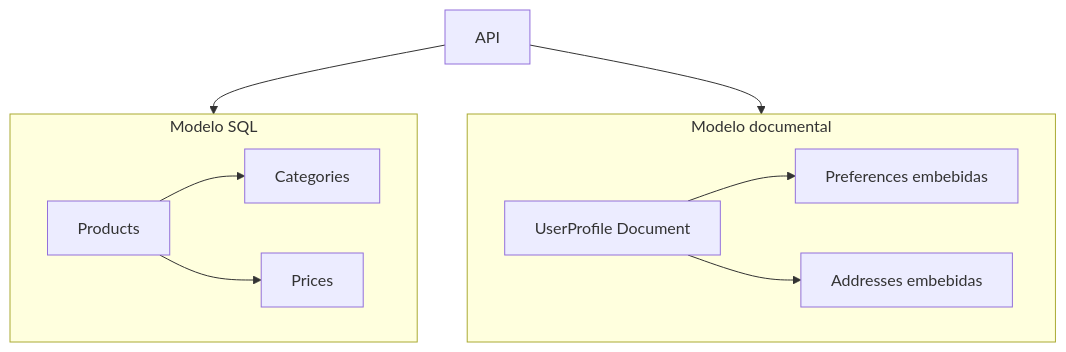
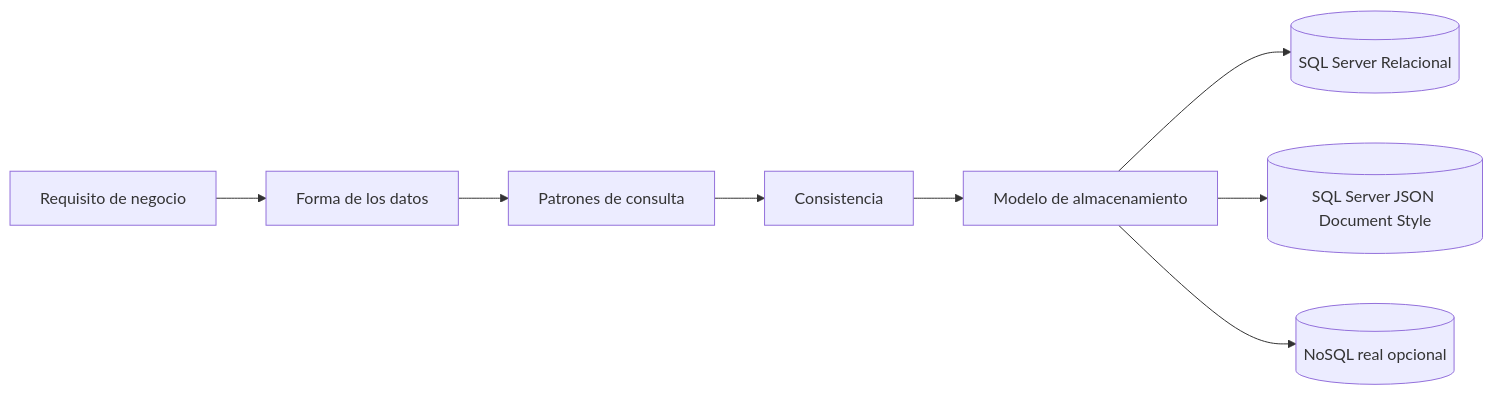
The diagram in Modulo1/Semana6/README.md (johans08/Curso-Arquitectura-de-Software-y-CloudOps), drawn with Mermaid before and after one commit. The commit also changed other lines of this file and 151 other files, not shown here.

````diff
--- a/Modulo1/Semana6/README.md
+++ b/Modulo1/Semana6/README.md
@@ -38,16 +111,17 @@
 ```mermaid
-flowchart TB
-    subgraph SQL[Modelo SQL]
-      A[Products] --> B[Categories]
-      A --> C[Prices]
-    end
+flowchart LR
+    Requirement[Requisito de negocio]
+    Shape[Forma de los datos]
+    Query[Patrones de consulta]
+    Consistency[Consistencia]
+    Storage[Modelo de almacenamiento]
 
-    subgraph NoSQL[Modelo documental]
-      D[UserProfile Document]
-      D --> E[Preferences embebidas]
-      D --> F[Addresses embebidas]
-    end
+    Requirement --> Shape
+    Shape --> Query
+    Query --> Consistency
+    Consistency --> Storage
 
-    G[API] --> SQL
-    G --> NoSQL
+    Storage --> SQL[(SQL Server Relacional)]
+    Storage --> JSON[(SQL Server JSON Document Style)]
+    Storage --> NoSQL[(NoSQL real opcional)]
 ```
````
